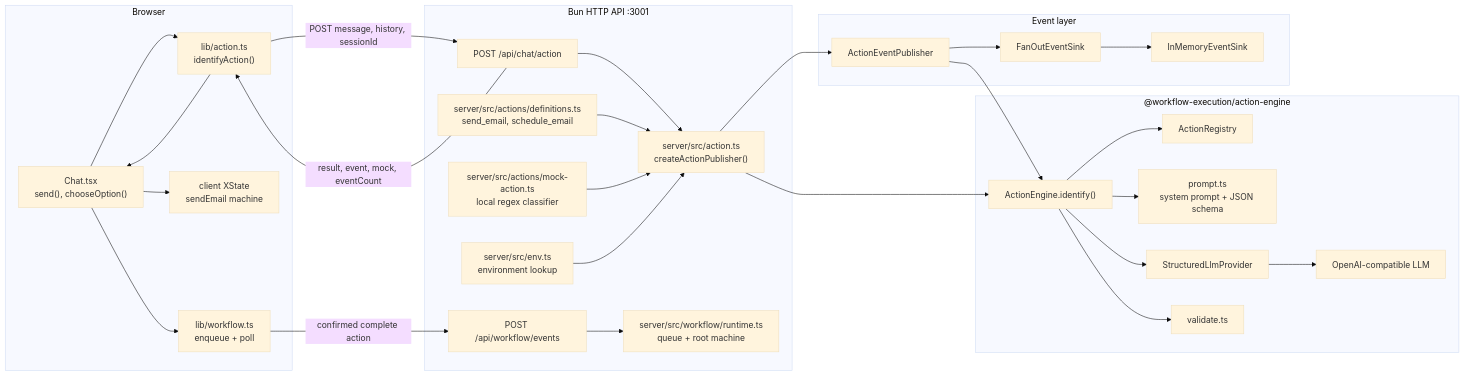
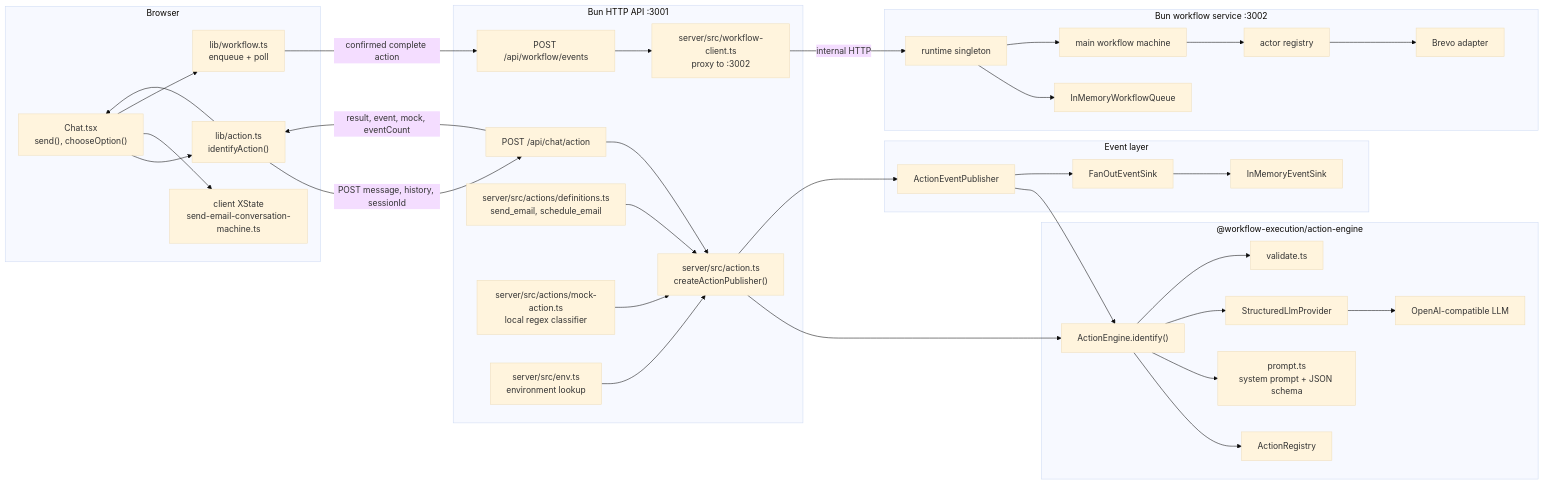
Before and after one commit to ranjitd-sys/Workflow: the first of 5 diagrams in docs/ACTION_ENGINE_DIAGRAM.md, drawn with Mermaid (base theme). The commit also changed other lines of this file and 37 other files, not shown here.

Commit message:
feat:added shaparation between server client and the workflow

````diff
--- a/docs/ACTION_ENGINE_DIAGRAM.md
+++ b/docs/ACTION_ENGINE_DIAGRAM.md
@@ -13,62 +14,75 @@
 ```mermaid
 flowchart LR
   subgraph Browser["Browser"]
     Chat["Chat.tsx<br/>send(), chooseOption()"]
     Client["lib/action.ts<br/>identifyAction()"]
-    ClientMachine["client XState<br/>sendEmail machine"]
+    ClientMachine["client XState<br/>send-email-conversation-machine.ts"]
     WorkflowClient["lib/workflow.ts<br/>enqueue + poll"]
   end
 
   subgraph BunServer["Bun HTTP API :3001"]
     API["POST /api/chat/action"]
     WorkflowAPI["POST /api/workflow/events"]
     Wiring["server/src/action.ts<br/>createActionPublisher()"]
     Definitions["server/src/actions/definitions.ts<br/>send_email, schedule_email"]
     Mock["server/src/actions/mock-action.ts<br/>local regex classifier"]
     Env["server/src/env.ts<br/>environment lookup"]
-    Runtime["server/src/workflow/runtime.ts<br/>queue + root machine"]
+    ApiWorkflowClient["server/src/workflow-client.ts<br/>proxy to :3002"]
+  end
+
+  subgraph WorkflowService["Bun workflow service :3002"]
+    Runtime["runtime singleton"]
+    Queue["InMemoryWorkflowQueue"]
+    MainMachine["main workflow machine"]
+    Actors["actor registry"]
+    BrevoAdapter["Brevo adapter"]
   end
 
   subgraph Engine["@workflow-execution/action-engine"]
     ActionEngine["ActionEngine.identify()"]
     Registry["ActionRegistry"]
     Prompt["prompt.ts<br/>system prompt + JSON schema"]
     Provider["StructuredLlmProvider"]
     LLM["OpenAI-compatible LLM"]
     Validate["validate.ts"]
   end
 
   subgraph EventLayer["Event layer"]
     Publisher["ActionEventPublisher"]
     FanOut["FanOutEventSink"]
     Store["InMemoryEventSink"]
   end
 
   Chat --> Client
   Chat --> ClientMachine
   Chat --> WorkflowClient
   Client -->|"POST message, history, sessionId"| API
   API --> Wiring
   Definitions --> Wiring
   Mock --> Wiring
   Env --> Wiring
 
   Wiring --> ActionEngine
   Wiring --> Publisher
   Publisher --> ActionEngine
 
   ActionEngine --> Registry
   ActionEngine --> Prompt
   ActionEngine --> Provider
   Provider --> LLM
   ActionEngine --> Validate
 
   Publisher --> FanOut
   FanOut --> Store
 
   WorkflowClient -->|"confirmed complete action"| WorkflowAPI
-  WorkflowAPI --> Runtime
+  WorkflowAPI --> ApiWorkflowClient
+  ApiWorkflowClient -->|"internal HTTP"| Runtime
+  Runtime --> Queue
+  Runtime --> MainMachine
+  MainMachine --> Actors
+  Actors --> BrevoAdapter
 
   API -->|"result, event, mock, eventCount"| Client
   Client --> Chat
 ```
````
